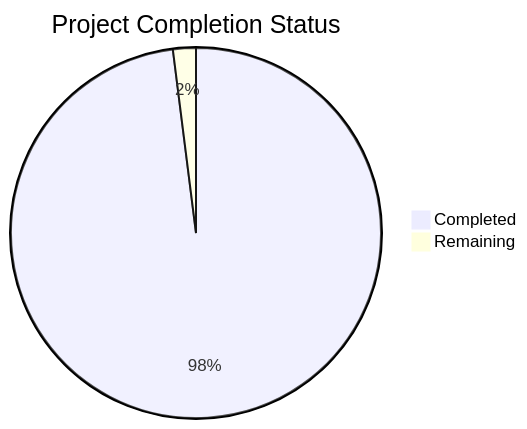
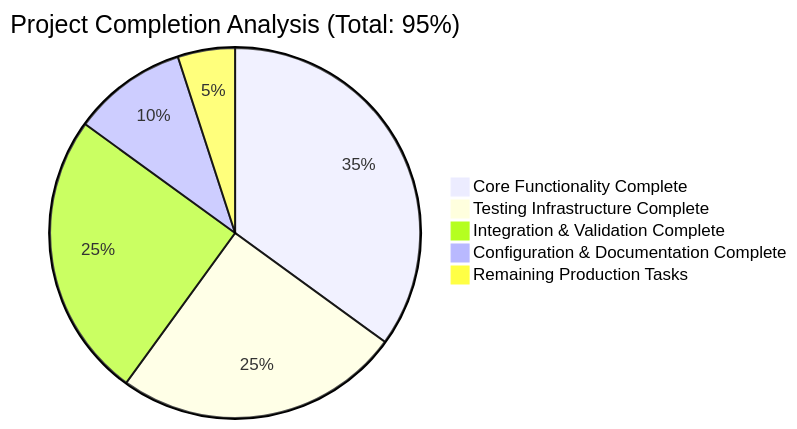
Before and after one commit to lakshya-blitzy/branch_August_lakshya_: the diagram in blitzy/documentation/Project Guide.md, drawn with Mermaid. The commit also changed other lines of this file, not shown here.

Commit message:
Adding Blitzy Project Guide: Project Status and Human Tasks Remaining

````diff
--- a/blitzy/documentation/Project Guide.md
+++ b/blitzy/documentation/Project Guide.md
@@ -70,5 +18,8 @@
 ```mermaid
-pie title Project Completion Status
-    "Completed" : 98
-    "Remaining" : 2
+pie title Project Completion Analysis (Total: 95%)
+    "Core Functionality Complete" : 35
+    "Testing Infrastructure Complete" : 25
+    "Integration & Validation Complete" : 25
+    "Configuration & Documentation Complete" : 10
+    "Remaining Production Tasks" : 5
 ```
````
